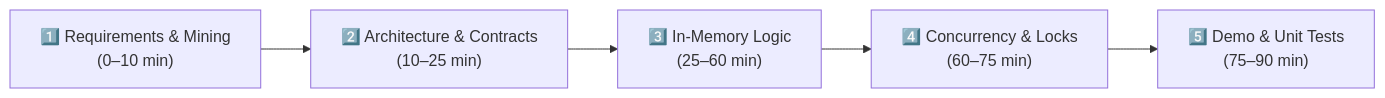
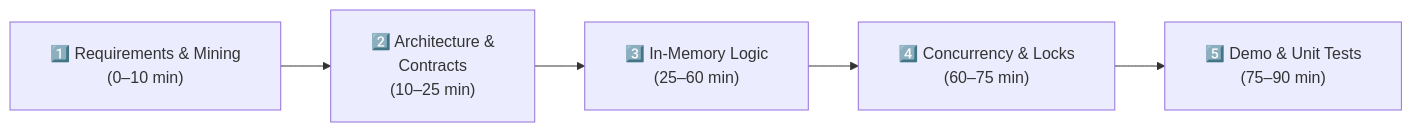
The first of 3 diagrams in LLD/00_Core_Concepts/10_Interview_Quick_Reference_and_Checklists.md (dip4k/DSA_102), drawn with Mermaid before and after one commit. The commit also changed other lines of this file and 108 other files, not shown here.

First line of the commit message:
fix(mermaid): resolve diagram clipping, padding, and syntax issues across repo

````diff
--- a/LLD/00_Core_Concepts/10_Interview_Quick_Reference_and_Checklists.md
+++ b/LLD/00_Core_Concepts/10_Interview_Quick_Reference_and_Checklists.md
@@ -23,7 +23,8 @@
 ```mermaid
+%%{init: {"flowchart": {"htmlLabels": true, "padding": 20}}}%%
 flowchart LR
-    S1["1️⃣ Requirements & Mining<br/>(0–10 min)"] --> S2["2️⃣ Architecture & Contracts<br/>(10–25 min)"]
+    S1["1️⃣ Requirements & Mining<br/>(0–10 min)"] --> S2["2️⃣ Architecture &<br/>Contracts<br/>(10–25 min)"]
     S2 --> S3["3️⃣ In-Memory Logic<br/>(25–60 min)"]
     S3 --> S4["4️⃣ Concurrency & Locks<br/>(60–75 min)"]
     S4 --> S5["5️⃣ Demo & Unit Tests<br/>(75–90 min)"]
 ```
````
